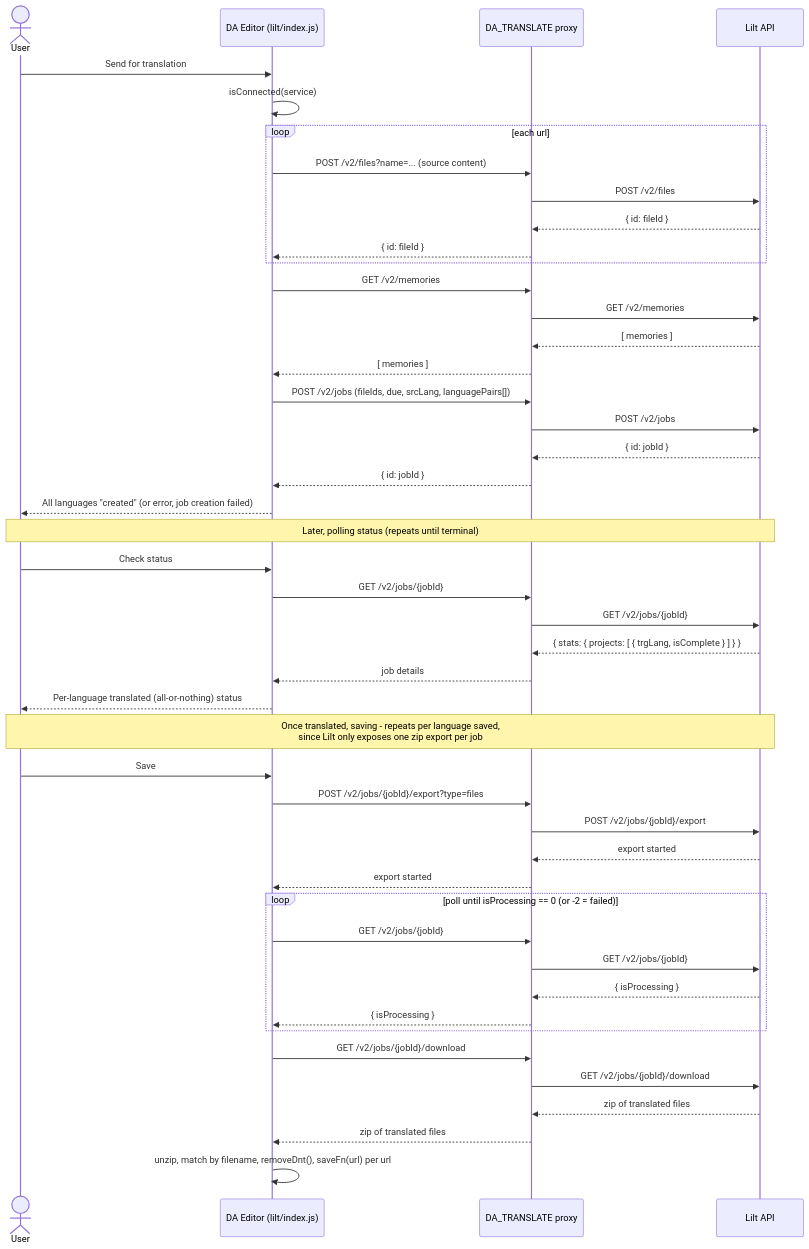
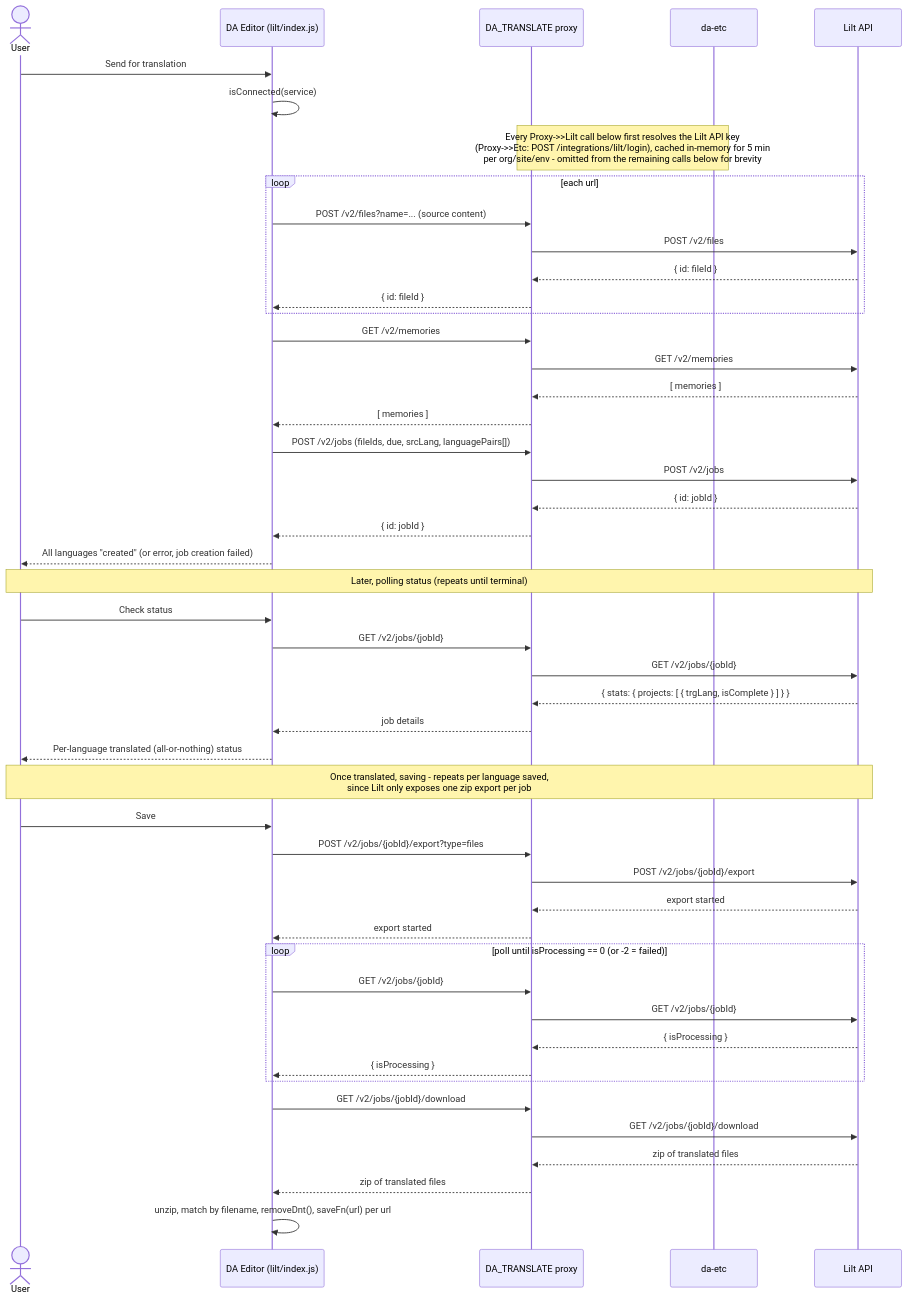
One commit to adobe/da-nx changed the third of 3 diagrams in docs/lilt-connector.md. Above: the diagram before and after it, drawn with Mermaid. The commit also changed other lines of this file, not shown here.

First line of the commit message:
docs(loc): update Lilt connector diagrams for status endpoint and key caching

````diff
--- a/docs/lilt-connector.md
+++ b/docs/lilt-connector.md
@@ -96,51 +102,53 @@
 ```mermaid
 sequenceDiagram
     actor User
     participant Editor as DA Editor (lilt/index.js)
     participant Proxy as DA_TRANSLATE proxy
+    participant Etc as da-etc
     participant Lilt as Lilt API
 
     User->>Editor: Send for translation
     Editor->>Editor: isConnected(service)
+    Note over Proxy,Etc: Every Proxy->>Lilt call below first resolves the Lilt API key<br/>(Proxy->>Etc: POST /integrations/lilt/login), cached in-memory for 5 min<br/>per org/site/env - omitted from the remaining calls below for brevity
     loop each url
         Editor->>Proxy: POST /v2/files?name=...  (source content)
         Proxy->>Lilt: POST /v2/files
         Lilt-->>Proxy: { id: fileId }
         Proxy-->>Editor: { id: fileId }
     end
     Editor->>Proxy: GET /v2/memories
     Proxy->>Lilt: GET /v2/memories
     Lilt-->>Proxy: [ memories ]
     Proxy-->>Editor: [ memories ]
     Editor->>Proxy: POST /v2/jobs  (fileIds, due, srcLang, languagePairs[])
     Proxy->>Lilt: POST /v2/jobs
     Lilt-->>Proxy: { id: jobId }
     Proxy-->>Editor: { id: jobId }
     Editor-->>User: All languages "created" (or error, job creation failed)
 
     Note over User,Lilt: Later, polling status (repeats until terminal)
     User->>Editor: Check status
     Editor->>Proxy: GET /v2/jobs/{jobId}
     Proxy->>Lilt: GET /v2/jobs/{jobId}
     Lilt-->>Proxy: { stats: { projects: [ { trgLang, isComplete } ] } }
     Proxy-->>Editor: job details
     Editor-->>User: Per-language translated (all-or-nothing) status
 
     Note over User,Lilt: Once translated, saving - repeats per language saved,<br/>since Lilt only exposes one zip export per job
     User->>Editor: Save
     Editor->>Proxy: POST /v2/jobs/{jobId}/export?type=files
     Proxy->>Lilt: POST /v2/jobs/{jobId}/export
     Lilt-->>Proxy: export started
     Proxy-->>Editor: export started
     loop poll until isProcessing == 0 (or -2 = failed)
         Editor->>Proxy: GET /v2/jobs/{jobId}
         Proxy->>Lilt: GET /v2/jobs/{jobId}
         Lilt-->>Proxy: { isProcessing }
         Proxy-->>Editor: { isProcessing }
     end
     Editor->>Proxy: GET /v2/jobs/{jobId}/download
     Proxy->>Lilt: GET /v2/jobs/{jobId}/download
     Lilt-->>Proxy: zip of translated files
     Proxy-->>Editor: zip of translated files
     Editor->>Editor: unzip, match by filename, removeDnt(), saveFn(url) per url
 ```
````
